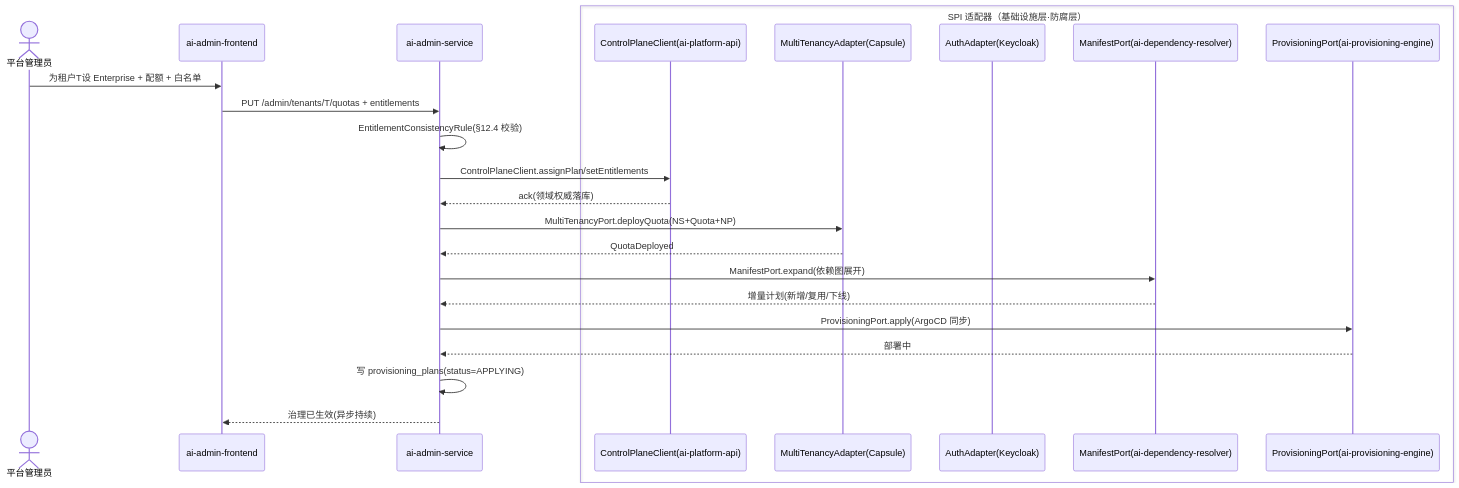
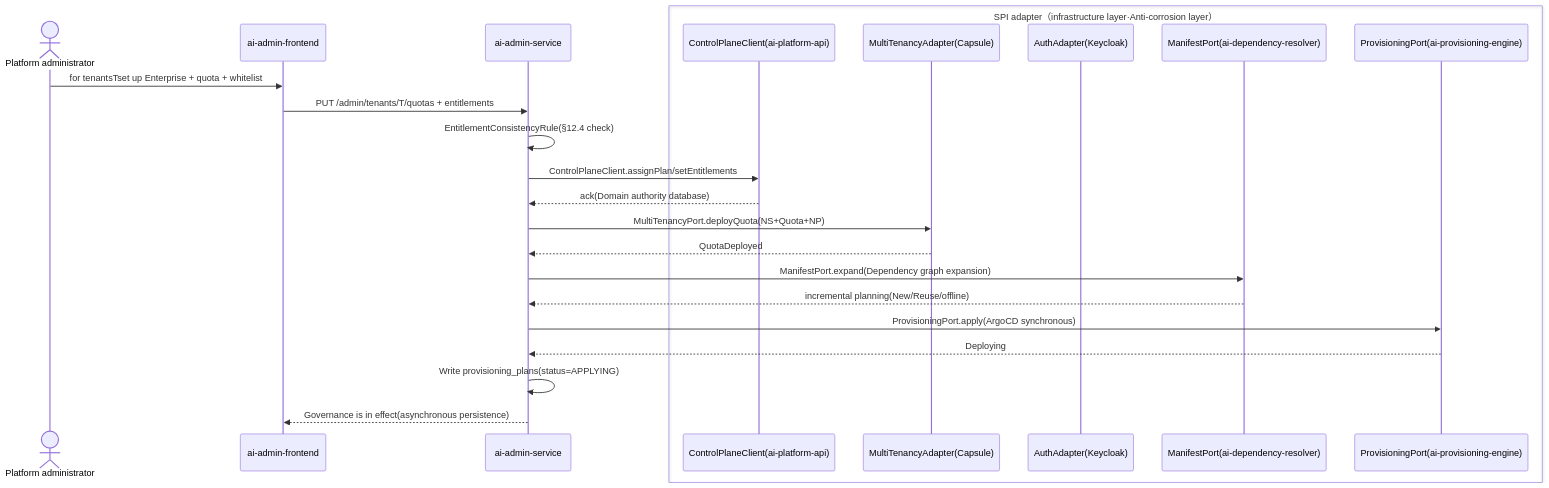
One commit to open-strata-ai/ai-admin-service changed the fourth of 5 diagrams in design/DESIGN.md. Above: the diagram before and after it, drawn with Mermaid. The commit also changed other lines of this file and 9 other files, not shown here.

````diff
--- a/design/DESIGN.md
+++ b/design/DESIGN.md
@@ -281,27 +281,27 @@
 ```mermaid
 sequenceDiagram
-    actor PAdmin as 平台管理员
+    actor PAdmin as Platform administrator
     participant AF as ai-admin-frontend
     participant ADM as ai-admin-service
-    box SPI 适配器（基础设施层·防腐层）
+    box SPI adapter（infrastructure layer·Anti-corrosion layer）
     participant API as ControlPlaneClient(ai-platform-api)
     participant CAP as MultiTenancyAdapter(Capsule)
     participant KC as AuthAdapter(Keycloak)
     participant DR as ManifestPort(ai-dependency-resolver)
     participant PE as ProvisioningPort(ai-provisioning-engine)
     end
 
-    PAdmin->>AF: 为租户T设 Enterprise + 配额 + 白名单
+    PAdmin->>AF: for tenantsTset up Enterprise + quota + whitelist
     AF->>ADM: PUT /admin/tenants/T/quotas + entitlements
-    ADM->>ADM: EntitlementConsistencyRule(§12.4 校验)
+    ADM->>ADM: EntitlementConsistencyRule(§12.4 check)
     ADM->>API: ControlPlaneClient.assignPlan/setEntitlements
-    API-->>ADM: ack(领域权威落库)
+    API-->>ADM: ack(Domain authority database)
     ADM->>CAP: MultiTenancyPort.deployQuota(NS+Quota+NP)
     CAP-->>ADM: QuotaDeployed
-    ADM->>DR: ManifestPort.expand(依赖图展开)
-    DR-->>ADM: 增量计划(新增/复用/下线)
-    ADM->>PE: ProvisioningPort.apply(ArgoCD 同步)
-    PE-->>ADM: 部署中
-    ADM->>ADM: 写 provisioning_plans(status=APPLYING)
-    ADM-->>AF: 治理已生效(异步持续)
+    ADM->>DR: ManifestPort.expand(Dependency graph expansion)
+    DR-->>ADM: incremental planning(New/Reuse/offline)
+    ADM->>PE: ProvisioningPort.apply(ArgoCD synchronous)
+    PE-->>ADM: Deploying
+    ADM->>ADM: Write provisioning_plans(status=APPLYING)
+    ADM-->>AF: Governance is in effect(asynchronous persistence)
 ```
````
